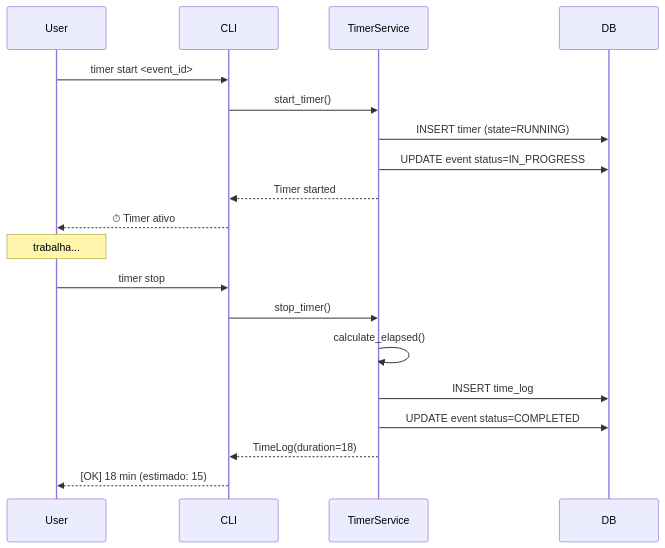
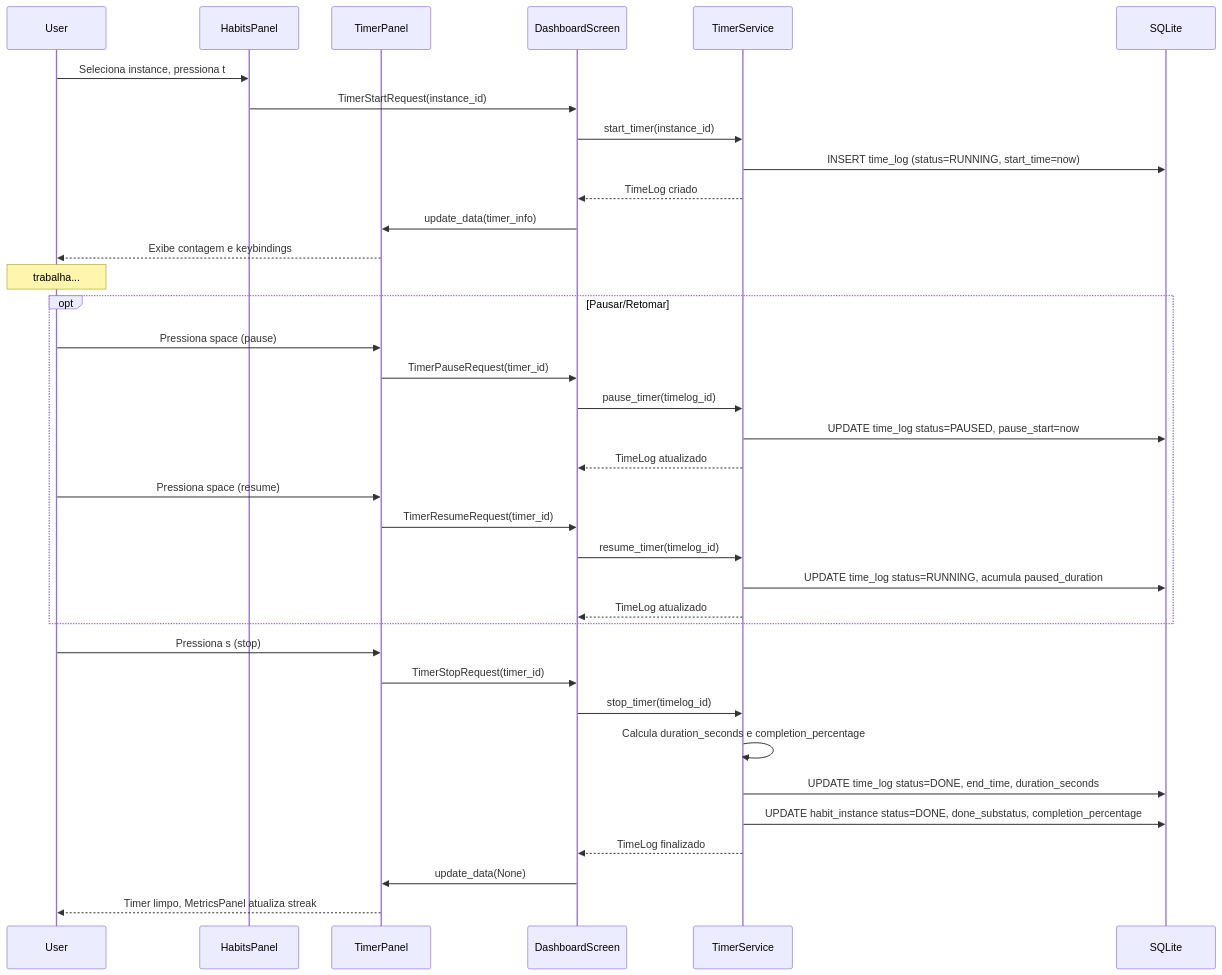
Before and after one commit to fabiodelllima/atomvs-timeblock-terminal: the diagram in docs/diagrams/sequences/timer-flow.md, drawn with Mermaid. The commit also changed other lines of this file, not shown here.

Commit message:
docs(diagrams): Atualiza timer-flow com fluxo TUI completo
Corrige participantes: HabitsPanel, TimerPanel, DashboardScreen
como coordinator. Keybindings reais (t start, space pause,
s stop, c cancel). Documenta message passing entre widgets.

````diff
--- a/docs/diagrams/sequences/timer-flow.md
+++ b/docs/diagrams/sequences/timer-flow.md
@@ -3,19 +6,43 @@
 ```mermaid
 sequenceDiagram
-    User->>CLI: timer start <event_id>
-    CLI->>TimerService: start_timer()
-    TimerService->>DB: INSERT timer (state=RUNNING)
-    TimerService->>DB: UPDATE event status=IN_PROGRESS
-    TimerService-->>CLI: Timer started
-    CLI-->>User: ⏱ Timer ativo
+    participant User
+    participant HP as HabitsPanel
+    participant TP as TimerPanel
+    participant DS as DashboardScreen
+    participant TS as TimerService
+    participant DB as SQLite
+
+    User->>HP: Seleciona instance, pressiona t
+    HP->>DS: TimerStartRequest(instance_id)
+    DS->>TS: start_timer(instance_id)
+    TS->>DB: INSERT time_log (status=RUNNING, start_time=now)
+    TS-->>DS: TimeLog criado
+    DS->>TP: update_data(timer_info)
+    TP-->>User: Exibe contagem e keybindings
 
     Note over User: trabalha...
 
-    User->>CLI: timer stop
-    CLI->>TimerService: stop_timer()
-    TimerService->>TimerService: calculate_elapsed()
-    TimerService->>DB: INSERT time_log
-    TimerService->>DB: UPDATE event status=COMPLETED
-    TimerService-->>CLI: TimeLog(duration=18)
-    CLI-->>User: [OK] 18 min (estimado: 15)
+    opt Pausar/Retomar
+        User->>TP: Pressiona space (pause)
+        TP->>DS: TimerPauseRequest(timer_id)
+        DS->>TS: pause_timer(timelog_id)
+        TS->>DB: UPDATE time_log status=PAUSED, pause_start=now
+        TS-->>DS: TimeLog atualizado
+
+        User->>TP: Pressiona space (resume)
+        TP->>DS: TimerResumeRequest(timer_id)
+        DS->>TS: resume_timer(timelog_id)
+        TS->>DB: UPDATE time_log status=RUNNING, acumula paused_duration
+        TS-->>DS: TimeLog atualizado
+    end
+
+    User->>TP: Pressiona s (stop)
+    TP->>DS: TimerStopRequest(timer_id)
+    DS->>TS: stop_timer(timelog_id)
+    TS->>TS: Calcula duration_seconds e completion_percentage
+    TS->>DB: UPDATE time_log status=DONE, end_time, duration_seconds
+    TS->>DB: UPDATE habit_instance status=DONE, done_substatus, completion_percentage
+    TS-->>DS: TimeLog finalizado
+    DS->>TP: update_data(None)
+    TP-->>User: Timer limpo, MetricsPanel atualiza streak
 ```
````
